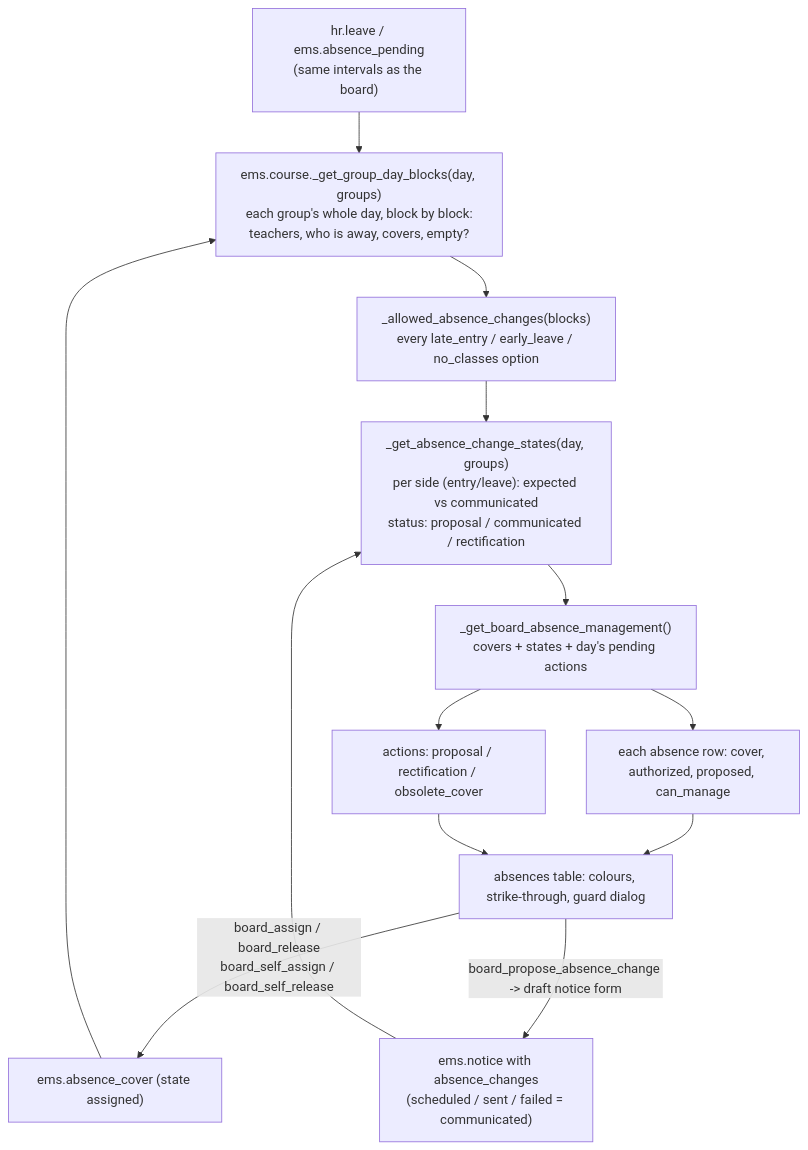
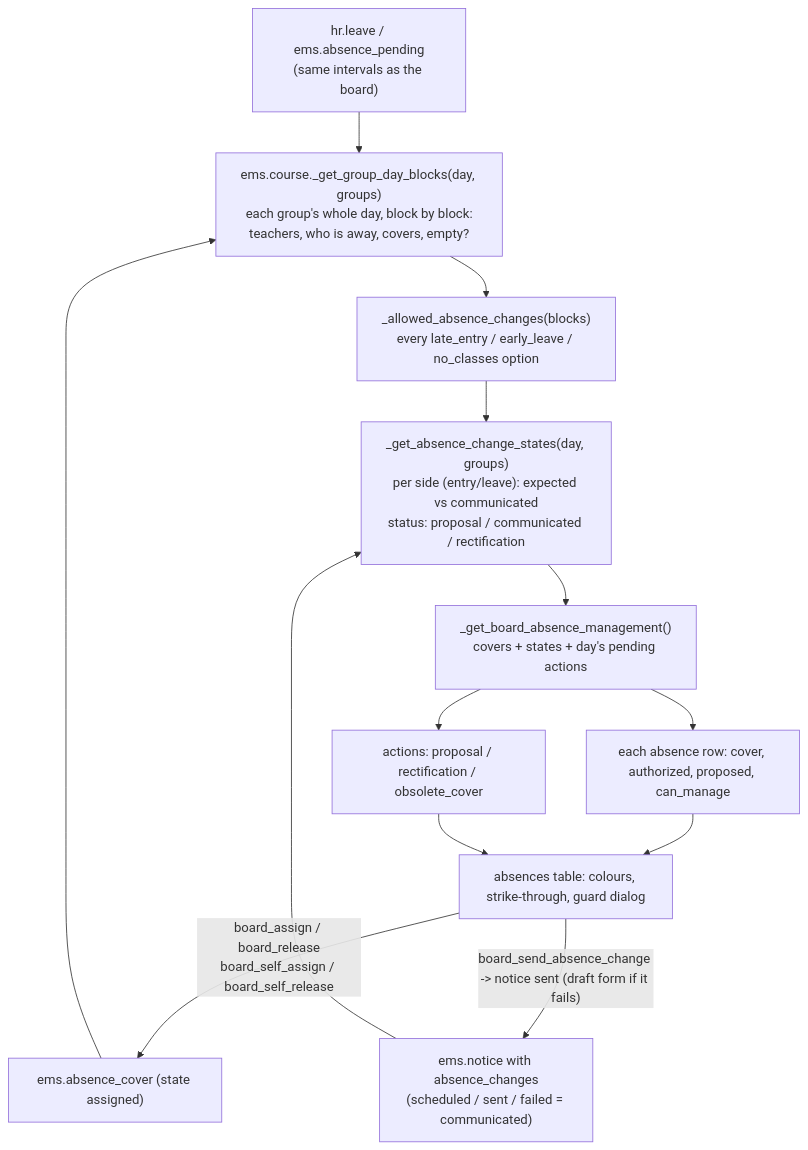
Before and after one commit to ElPuig/EMS: the fourth of 5 diagrams in docs/en/developers/attendance/guard_duty_board.md, drawn with Mermaid. The commit also changed other lines of this file and 13 other files, not shown here.

First line of the commit message:
Guard board: Send notice and Send correction send at once (#652)

````diff
--- a/docs/en/developers/attendance/guard_duty_board.md
+++ b/docs/en/developers/attendance/guard_duty_board.md
@@ -650,15 +650,15 @@
 ```mermaid
 flowchart TD
     ABS["hr.leave / ems.absence_pending<br/>(same intervals as the board)"] --> BLK["ems.course._get_group_day_blocks(day, groups)<br/>each group's whole day, block by block:<br/>teachers, who is away, covers, empty?"]
     COV["ems.absence_cover (state assigned)"] --> BLK
     BLK --> EXP["_allowed_absence_changes(blocks)<br/>every late_entry / early_leave / no_classes option"]
     NOT["ems.notice with absence_changes<br/>(scheduled / sent / failed = communicated)"] --> ST
     EXP --> ST["_get_absence_change_states(day, groups)<br/>per side (entry/leave): expected vs communicated<br/>status: proposal / communicated / rectification"]
     ST --> MGT["_get_board_absence_management()<br/>covers + states + day's pending actions"]
     MGT --> ROWS["each absence row: cover, authorized, proposed, can_manage"]
     MGT --> ACT["actions: proposal / rectification / obsolete_cover"]
     ROWS --> UI["absences table: colours, strike-through, guard dialog"]
     ACT --> UI
     UI -->|"board_assign / board_release<br/>board_self_assign / board_self_release"| COV
-    UI -->|"board_propose_absence_change -> draft notice form"| NOT
+    UI -->|"board_send_absence_change -> notice sent (draft form if it fails)"| NOT
 ```
````
